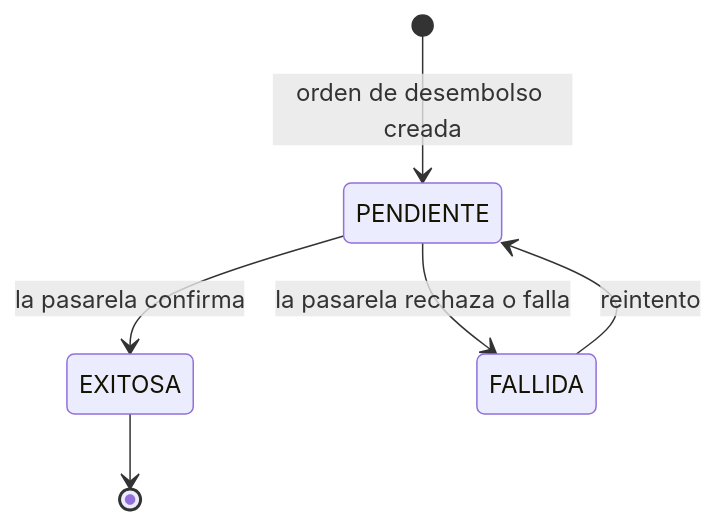
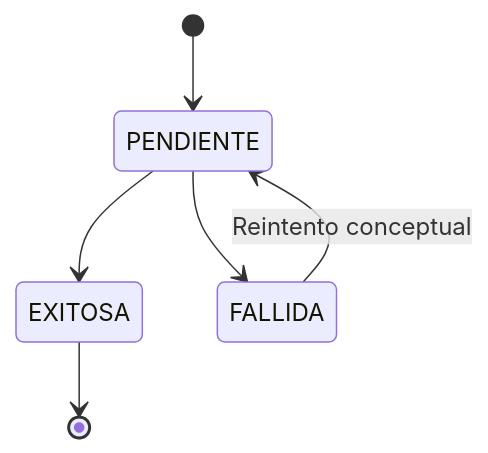
Before and after one commit to SantiagoRodriguez114/PayFast: the second of 2 diagrams in docs/uml/estados.md, drawn with Mermaid. The commit also changed other lines of this file and 8 other files, not shown here.

````diff
--- a/docs/uml/estados.md
+++ b/docs/uml/estados.md
@@ -29,8 +37,8 @@
 ```mermaid
 stateDiagram-v2
-    [*] --> PENDIENTE : orden de desembolso creada
-    PENDIENTE --> EXITOSA : la pasarela confirma
-    PENDIENTE --> FALLIDA : la pasarela rechaza o falla
-    FALLIDA --> PENDIENTE : reintento
+    [*] --> PENDIENTE
+    PENDIENTE --> EXITOSA
+    PENDIENTE --> FALLIDA
+    FALLIDA --> PENDIENTE: Reintento conceptual
     EXITOSA --> [*]
 ```
````
